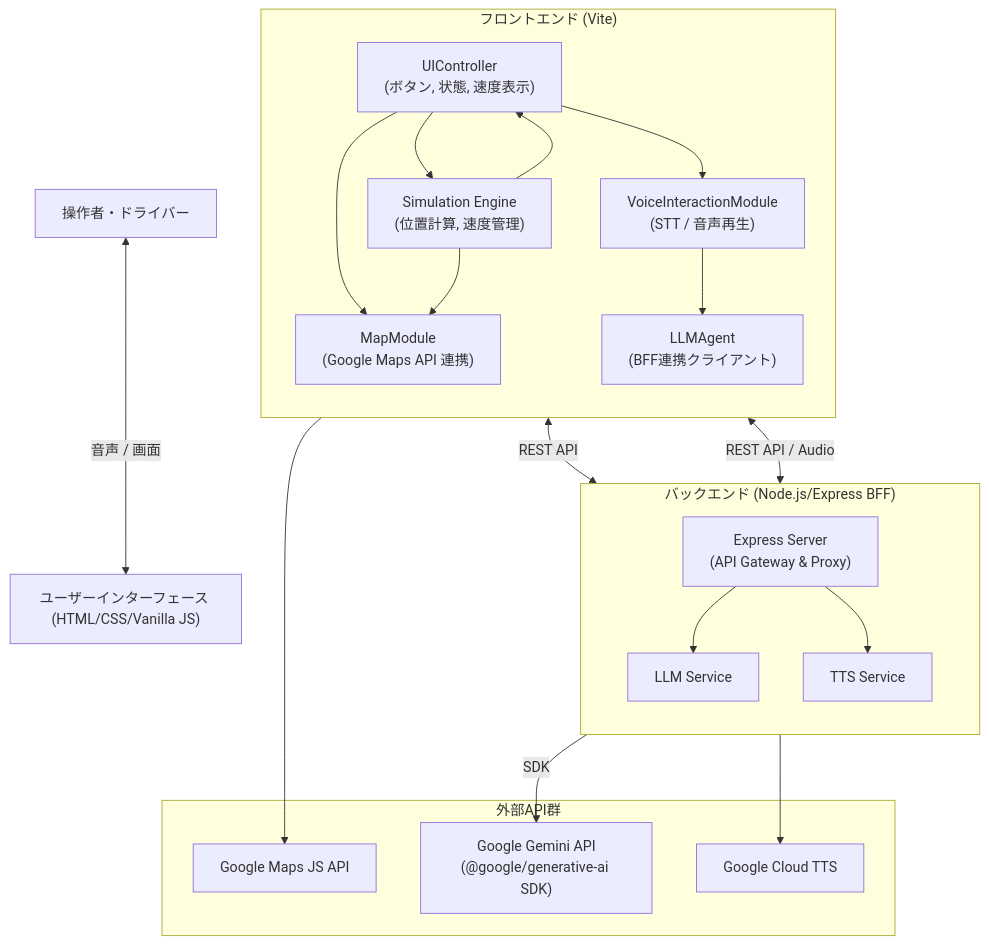
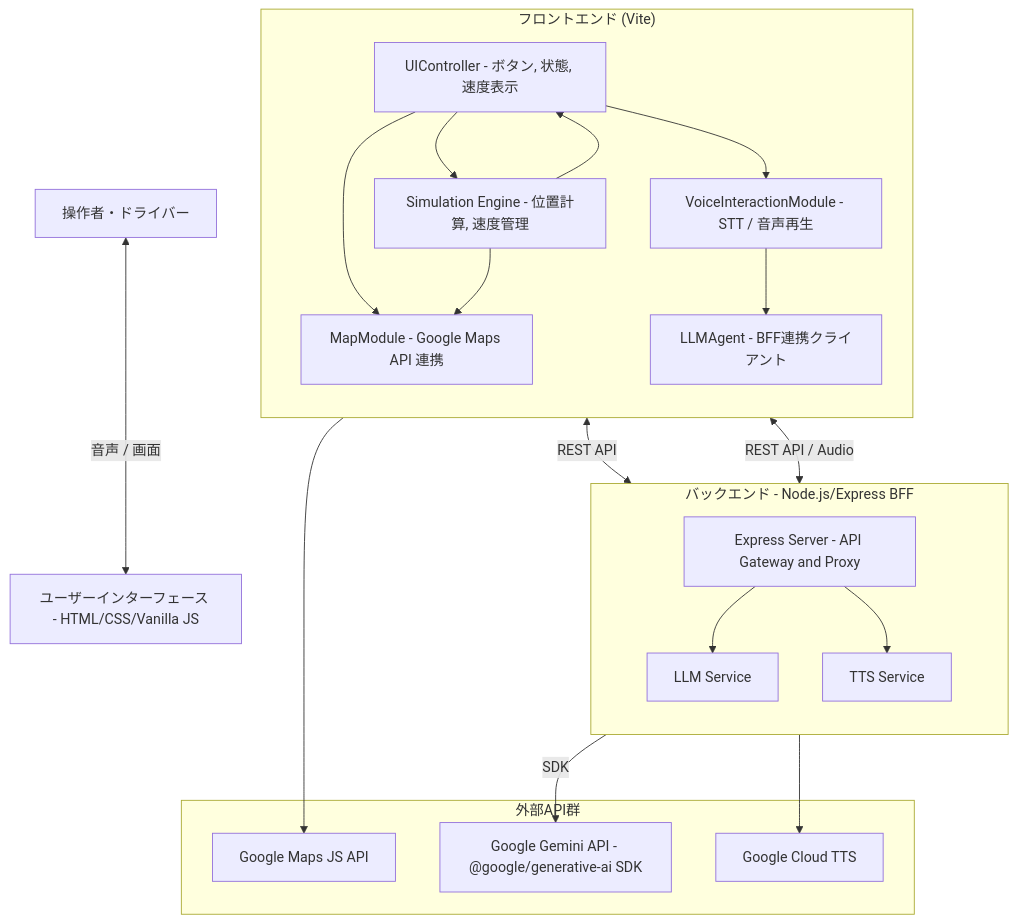
One commit to yamaPiT/VoiceNavi changed the diagram in doc/SW205_ソフトウェアアーキテクチャ設計書.md. Above: the diagram before and after it, drawn with Mermaid. The commit also changed 28 other files, not shown here.

````diff
--- a/doc/SW205_ソフトウェアアーキテクチャ設計書.md
+++ b/doc/SW205_ソフトウェアアーキテクチャ設計書.md
@@ -20,41 +20,41 @@
 ```mermaid
 flowchart TD
-    User["操作者・ドライバー"] <--> |音声 / 画面| UI["ユーザーインターフェース (HTML/CSS/Vanilla JS)"]
-    
+    User["操作者・ドライバー"] <--> |音声 / 画面| UI["ユーザーインターフェース - HTML/CSS/Vanilla JS"]
+
     subgraph Frontend ["フロントエンド (Vite)"]
         direction TB
-        UI_Ctrl["UIController<br>(ボタン, 状態, 速度表示)"]
-        Sim["Simulation Engine<br>(位置計算, 速度管理)"]
-        Map["MapModule<br>(Google Maps API 連携)"]
-        Voice["VoiceInteractionModule<br>(STT / 音声再生)"]
-        LLM["LLMAgent<br>(BFF連携クライアント)"]
-        
+        UI_Ctrl["UIController - ボタン, 状態, 速度表示"]
+        Sim["Simulation Engine - 位置計算, 速度管理"]
+        Map["MapModule - Google Maps API 連携"]
+        Voice["VoiceInteractionModule - STT / 音声再生"]
+        LLM["LLMAgent - BFF連携クライアント"]
+
         UI_Ctrl --> Sim
         UI_Ctrl --> Map
         UI_Ctrl --> Voice
         Voice --> LLM
         Sim --> Map
         Sim --> UI_Ctrl
     end
 
-    subgraph Backend ["バックエンド (Node.js/Express BFF)"]
+    subgraph Backend ["バックエンド - Node.js/Express BFF"]
         direction TB
-        Server["Express Server<br>(API Gateway & Proxy)"]
+        Server["Express Server - API Gateway and Proxy"]
         Server_LLM["LLM Service"]
         Server_TTS["TTS Service"]
         Server --> Server_LLM
         Server --> Server_TTS
     end
-    
+
     subgraph External ["外部API群"]
         GCP_Maps["Google Maps JS API"]
         GCP_TTS["Google Cloud TTS"]
-        Gemini["Google Gemini API<br>(@google/generative-ai SDK)"]
+        Gemini["Google Gemini API - @google/generative-ai SDK"]
     end
-    
+
     Map --> GCP_Maps
     LLM <--> |REST API| Server
     Voice <--> |REST API / Audio| Server
     Server_LLM --> |SDK| Gemini
     Server_TTS --> GCP_TTS
 ```
````
